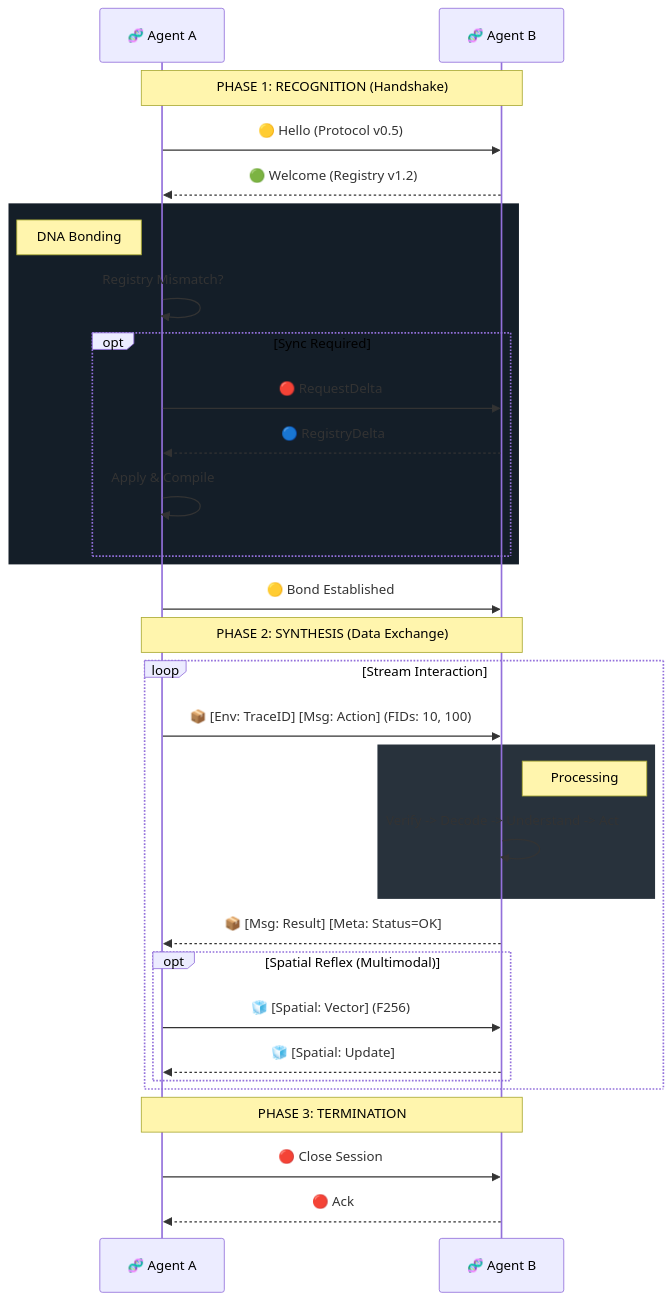
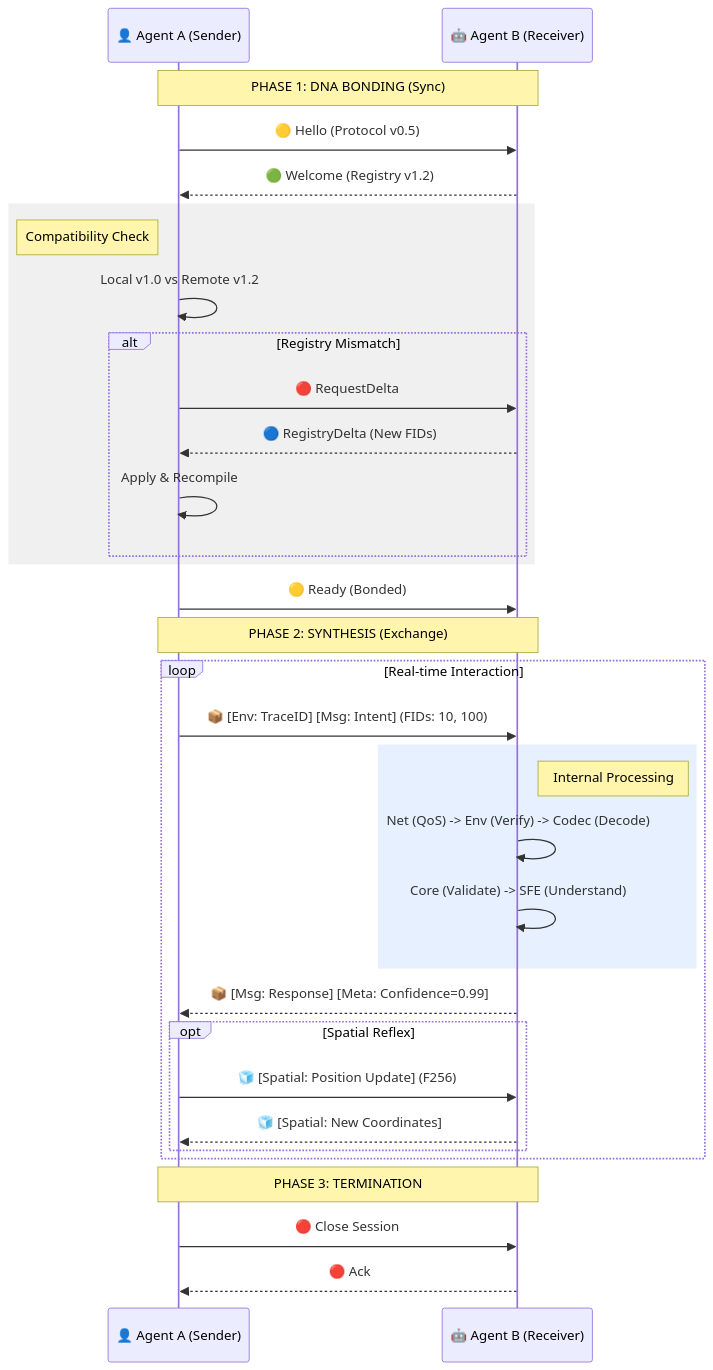
One commit to lnmplang/lnmp-protocol changed the second of 2 diagrams in spec/architecture-and-flow.md. Above: the diagram before and after it, drawn with Mermaid. The commit also changed other lines of this file, not shown here.

Commit message:
feat: Revise LNMP architecture documentation for enhanced clarity and detail in module responsibilities and data flow

````diff
--- a/spec/architecture-and-flow.md
+++ b/spec/architecture-and-flow.md
@@ -103,45 +96,46 @@
 ```mermaid
 sequenceDiagram
-    participant A as 🧬 Agent A
-    participant B as 🧬 Agent B
+    participant A as 👤 Agent A (Sender)
+    participant B as 🤖 Agent B (Receiver)
     
-    Note over A,B: PHASE 1: RECOGNITION (Handshake)
+    Note over A,B: PHASE 1: DNA BONDING (Sync)
     
     A->>B: 🟡 Hello (Protocol v0.5)
     B-->>A: 🟢 Welcome (Registry v1.2)
     
-    rect rgb(20, 30, 40)
-        Note left of A: DNA Bonding
-        A->>A: Registry Mismatch?
-        opt Sync Required
-            A->>B: 🔴 RequestDelta
-            B-->>A: 🔵 RegistryDelta
-            A->>A: Apply & Compile
-        end
+    rect rgb(240, 240, 240)
+    Note left of A: Compatibility Check
+    A->>A: Local v1.0 vs Remote v1.2
+    alt Registry Mismatch
+        A->>B: 🔴 RequestDelta
+        B-->>A: 🔵 RegistryDelta (New FIDs)
+        A->>A: Apply & Recompile
+    end
     end
     
-    A->>B: 🟡 Bond Established
+    A->>B: 🟡 Ready (Bonded)
     
-    Note over A,B: PHASE 2: SYNTHESIS (Data Exchange)
+    Note over A,B: PHASE 2: SYNTHESIS (Exchange)
     
-    loop Stream Interaction
-        A->>B: 📦 [Env: TraceID] [Msg: Action] (FIDs: 10, 100)
+    loop Real-time Interaction
+        A->>B: 📦 [Env: TraceID] [Msg: Intent] (FIDs: 10, 100)
         
-        rect rgb(40, 50, 60)
-            Note right of B: Processing
-            B->>B: Verify -> Decode -> Understand -> Act
+        rect rgb(230, 240, 255)
+            Note right of B: Internal Processing
+            B->>B: Net (QoS) -> Env (Verify) -> Codec (Decode)
+            B->>B: Core (Validate) -> SFE (Understand)
         end
         
-        B-->>A: 📦 [Msg: Result] [Meta: Status=OK]
+        B-->>A: 📦 [Msg: Response] [Meta: Confidence=0.99]
         
-        opt Spatial Reflex (Multimodal)
-            A->>B: 🧊 [Spatial: Vector] (F256)
-            B-->>A: 🧊 [Spatial: Update]
+        opt Spatial Reflex
+            A->>B: 🧊 [Spatial: Position Update] (F256)
+            B-->>A: 🧊 [Spatial: New Coordinates]
         end
     end
     
     Note over A,B: PHASE 3: TERMINATION
     
     A->>B: 🔴 Close Session
     B-->>A: 🔴 Ack
 ```
````
